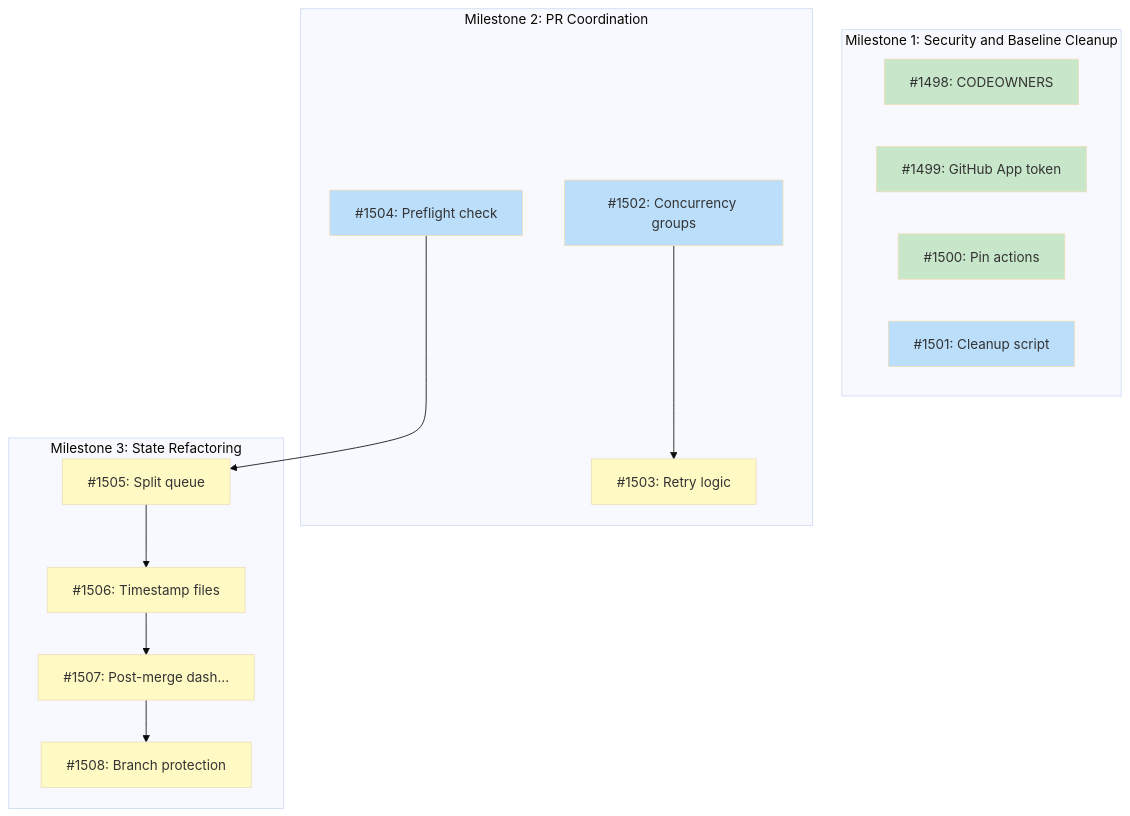
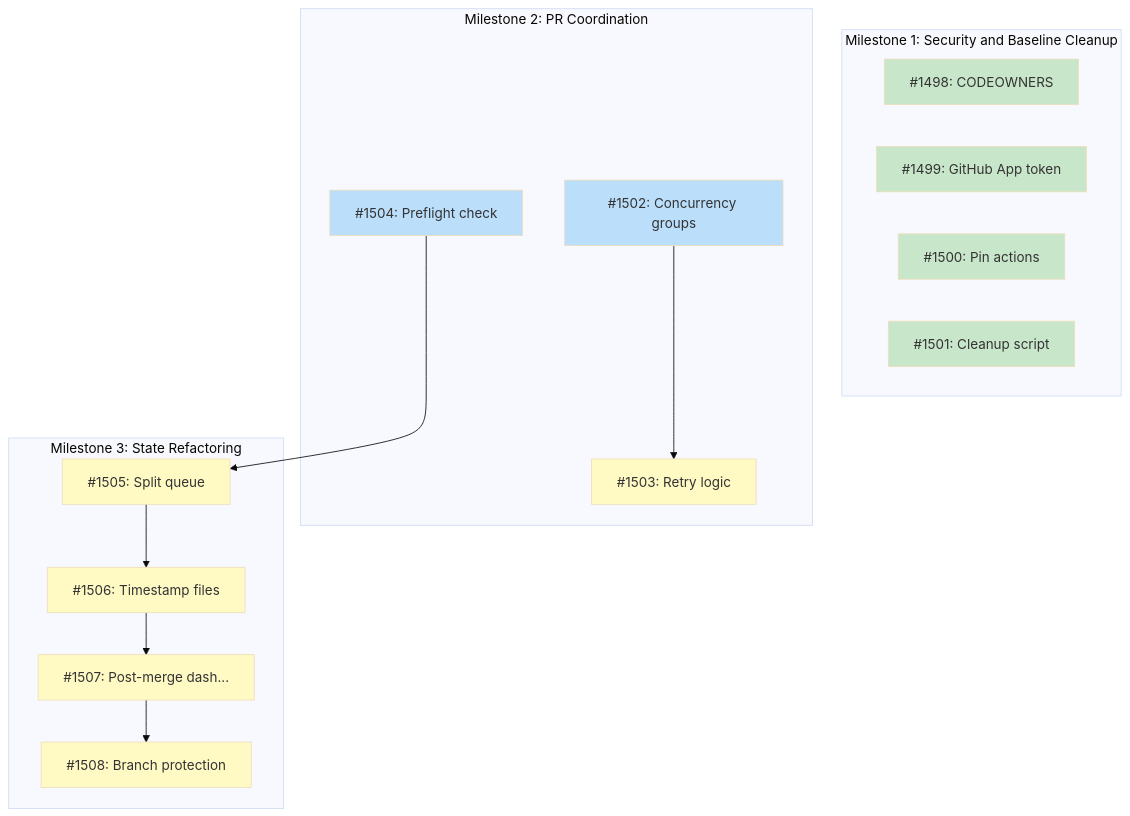
The diagram in docs/designs/DESIGN-batch-pr-coordination.md (tsukumogami/tsuku), drawn with Mermaid (base theme) before and after one commit. The commit also changed other lines of this file, not shown here.

Commit message:
docs(design): mark issue #1501 as complete
Updates DESIGN-batch-pr-coordination.md to reflect completion of
batch PR cleanup script:
- Strikethrough issue #1501 in Implementation Issues table
- Update dependency graph: move I1501 from ready to done class

Phase 0 (Security and Baseline Cleanup) is now fully complete:
- #1498 CODEOWNERS ✓
- #1499 GitHub App token ✓
- #1500 Pin actions ✓
- #1501 Cleanup script ✓

````diff
--- a/docs/designs/DESIGN-batch-pr-coordination.md
+++ b/docs/designs/DESIGN-batch-pr-coordination.md
@@ -80,37 +80,37 @@
 ```mermaid
 graph TD
     subgraph M1["Milestone 1: Security and Baseline Cleanup"]
         I1498["#1498: CODEOWNERS"]
         I1499["#1499: GitHub App token"]
         I1500["#1500: Pin actions"]
         I1501["#1501: Cleanup script"]
     end
 
     subgraph M2["Milestone 2: PR Coordination"]
         I1502["#1502: Concurrency groups"]
         I1503["#1503: Retry logic"]
         I1504["#1504: Preflight check"]
     end
 
     subgraph M3["Milestone 3: State Refactoring"]
         I1505["#1505: Split queue"]
         I1506["#1506: Timestamp files"]
         I1507["#1507: Post-merge dash..."]
         I1508["#1508: Branch protection"]
     end
 
     I1502 --> I1503
     I1504 --> I1505
     I1505 --> I1506
     I1506 --> I1507
     I1507 --> I1508
 
     classDef done fill:#c8e6c9
     classDef ready fill:#bbdefb
     classDef blocked fill:#fff9c4
     classDef needsDesign fill:#e1bee7
 
-    class I1498,I1499,I1500 done
-    class I1501,I1502,I1504 ready
+    class I1498,I1499,I1500,I1501 done
+    class I1502,I1504 ready
     class I1503,I1505,I1506,I1507,I1508 blocked
 ```
````
